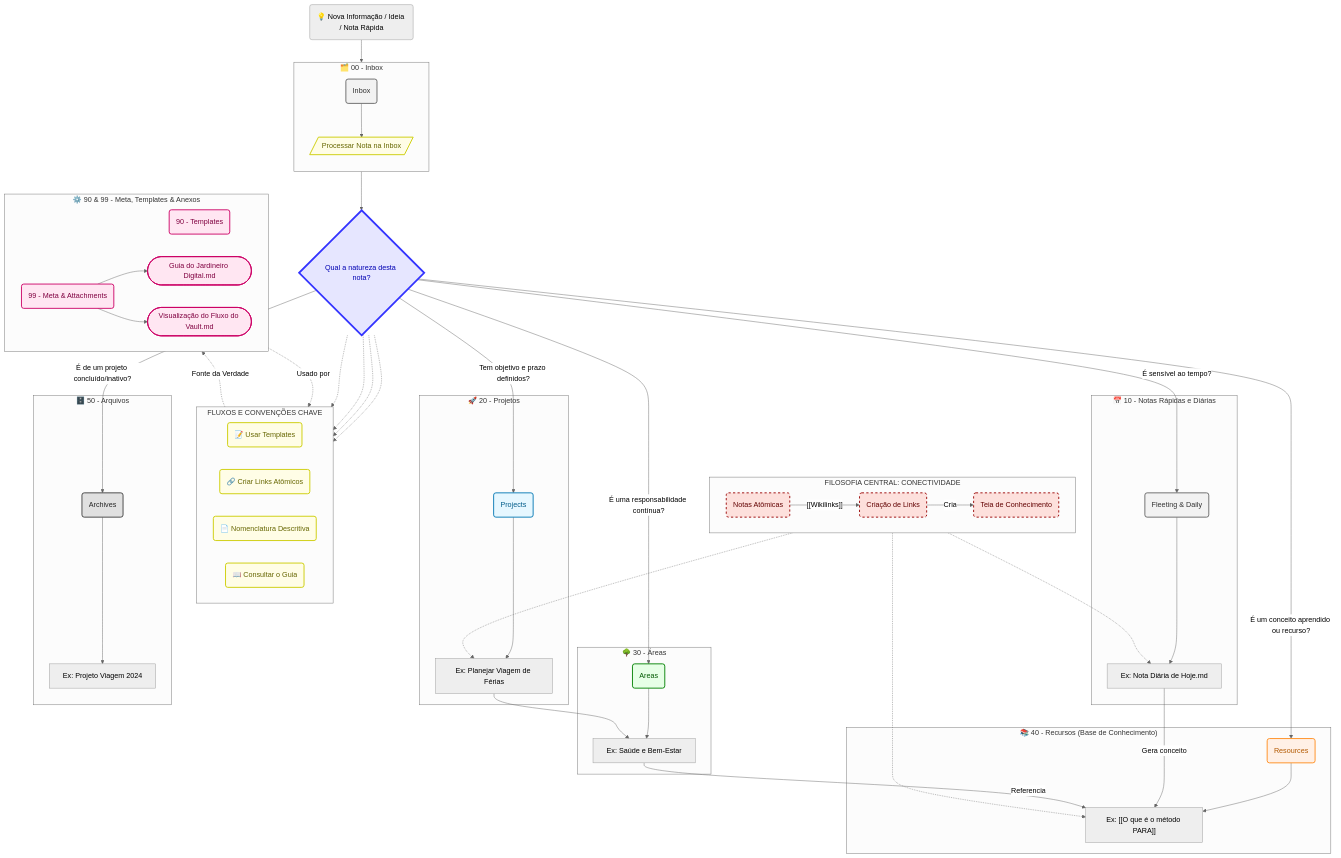
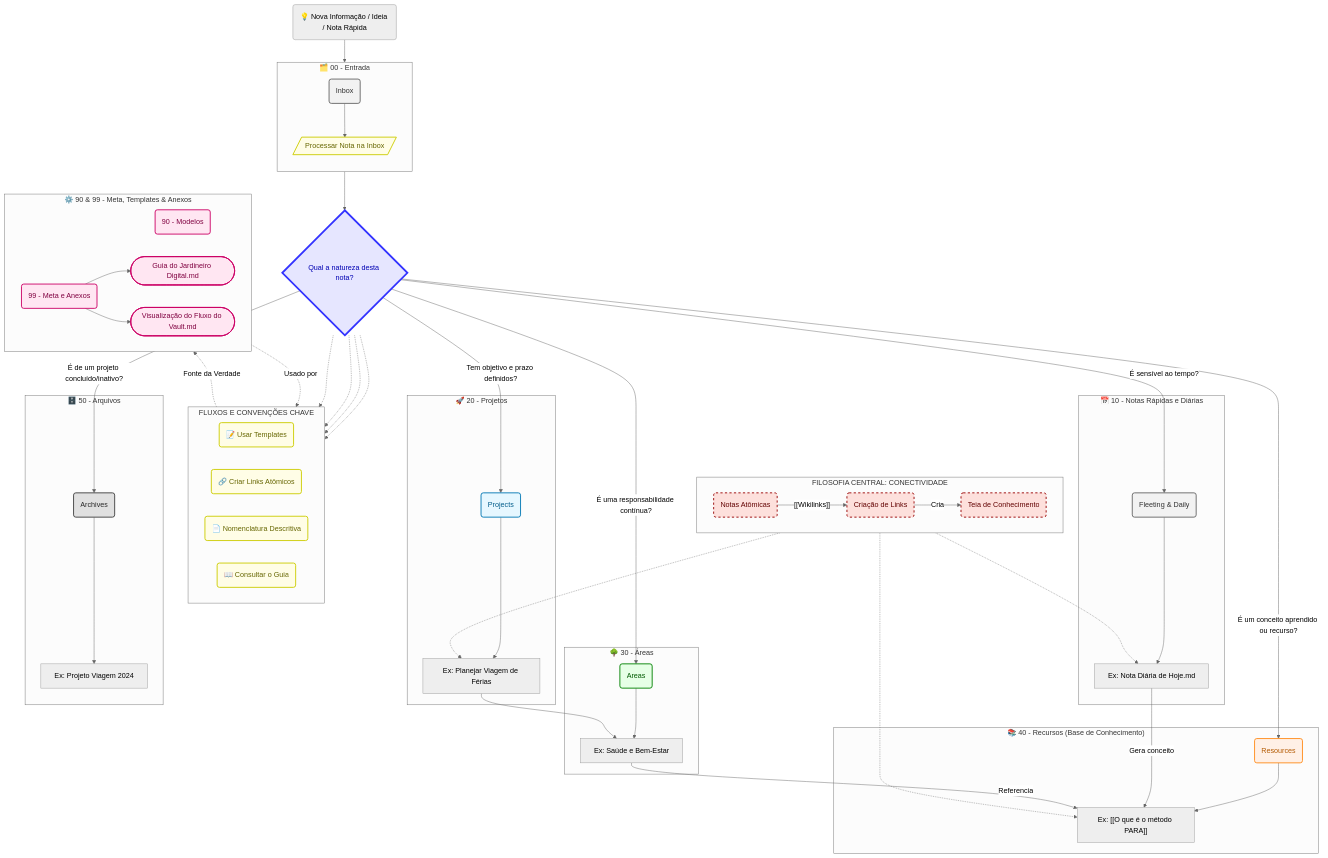
One commit to aretw0/vault-seed changed the diagram in 99 - Meta e Anexos/Visualização do Fluxo do Vault.md. Above: the diagram before and after it, drawn with Mermaid (neutral theme). The commit also changed 24 other files, not shown here.

```diff
--- a/99 - Meta e Anexos/Visualização do Fluxo do Vault.md
+++ b/99 - Meta e Anexos/Visualização do Fluxo do Vault.md
@@ -51,7 +51,7 @@
     end
 
     %% --- Inbox: Ponto de Entrada ---
-    subgraph "🗂️ 00 - Inbox"
+    subgraph "🗂️ 00 - Entrada"
         direction TB
         InboxDir(Inbox):::inbox
         ProcessNote[/"Processar Nota na Inbox"/]:::action
@@ -114,8 +114,8 @@
     %% --- Meta, Templates e o Guia ---
     subgraph "⚙️ 90 & 99 - Meta, Templates & Anexos"
         direction LR
-        TemplatesDir("90 - Templates"):::meta
-        MetaDir("99 - Meta & Attachments"):::meta
+        TemplatesDir("90 - Modelos"):::meta
+        MetaDir("99 - Meta e Anexos"):::meta
         Guia(["Guia do Jardineiro Digital.md"]):::meta
         Diagrama(["Visualização do Fluxo do Vault.md"]):::meta
         MetaDir --> Guia & Diagrama
```
